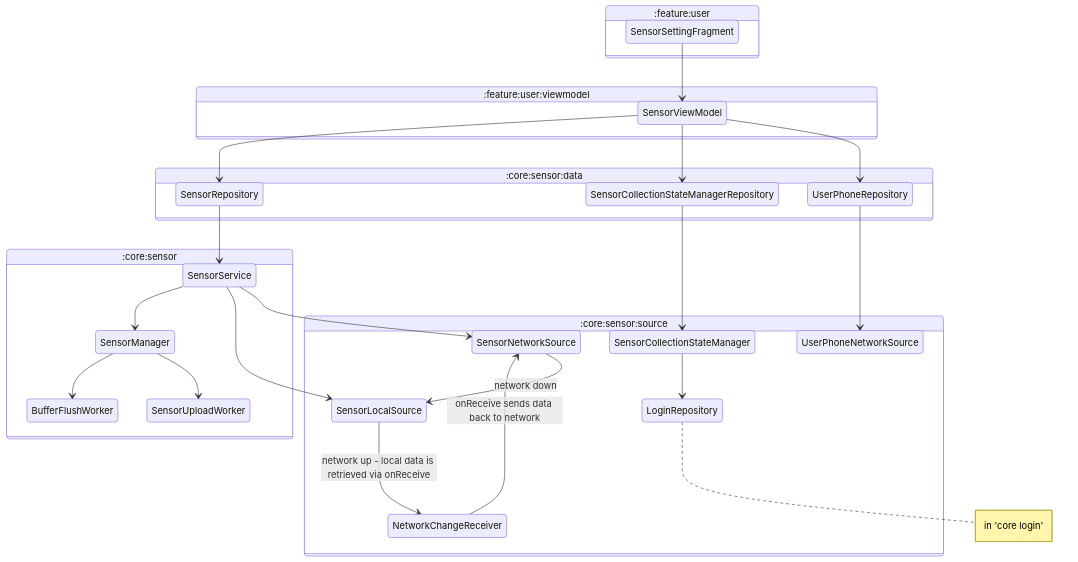
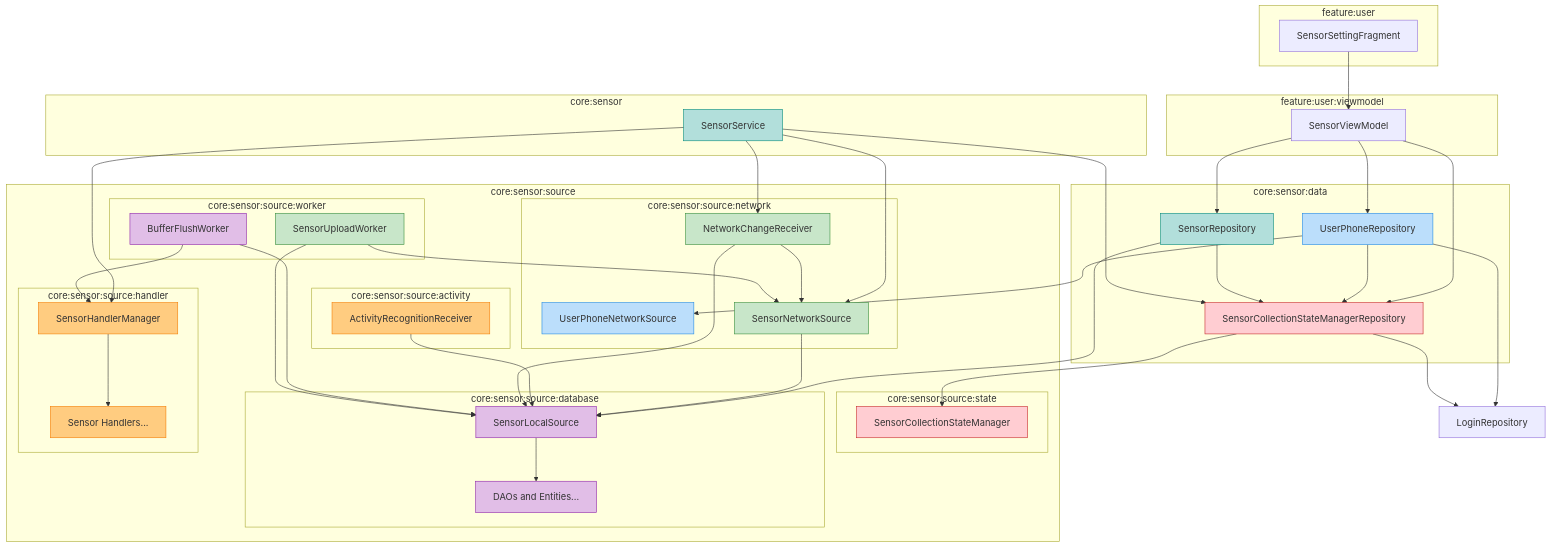
Before and after one commit to cambridge-cares/TheWorldAvatar: the diagram in Apps/TimelineApp/core/sensor/README.md, drawn with Mermaid. The commit also changed other lines of this file and 1 other file, not shown here.

Commit message:
1530-update-timeline-app-documentation: update sensor module architecture doc

````diff
--- a/Apps/TimelineApp/core/sensor/README.md
+++ b/Apps/TimelineApp/core/sensor/README.md
@@ -11,70 +25,115 @@
 ```mermaid
-    stateDiagram-v2
+flowchart TD
+    subgraph feature_user["feature:user"]
+        ssf[SensorSettingFragment]
+    end
 
-      ssf: SensorSettingFragment
-      svm: SensorViewModel
-      upr: UserPhoneRepository
-      scsmr: SensorCollectionStateManagerRepository
-      lr: LoginRepository
-      sr: SensorRepository
-      upns: UserPhoneNetworkSource
-      scsm: SensorCollectionStateManager
-      sls: SensorLocalSource
-      sns: SensorNetworkSource
-      ss: SensorService
-      sm: SensorManager
-      bfw: BufferFlushWorker
-      suw: SensorUploadWorker
-      ncr: NetworkChangeReceiver 
+    subgraph feature_user_vm["feature:user:viewmodel"]
+        svm[SensorViewModel]
+    end
 
-      ssf --> svm
-      svm --> upr
-      svm --> scsmr
-      svm --> sr
+    subgraph core_sensor_data["core:sensor:data"]
+        upr[UserPhoneRepository]
+        scsmr[SensorCollectionStateManagerRepository]
+        sr[SensorRepository]
+    end
 
-      upr --> upns
-      scsmr --> scsm
-      sr --> ss
+    subgraph core_sensor_source["core:sensor:source"]
+        
+        subgraph core_sensor_source_state[core:sensor:source:state]
+            scsm[SensorCollectionStateManager]
+        end
 
-      ss --> sns
-      ss --> sls
-      ss --> sm
-      sm --> suw
-      sm --> bfw
-      
-      sns --> sls : network down 
-      sls --> ncr : network up - local data is retrieved via onReceive 
-      ncr --> sns : onReceive sends data back to network 
+        subgraph core_sensor_source_database[core:sensor:source:database]
+            sls[SensorLocalSource]
+            dao[DAOs and Entities...]
+        end
+        
+        subgraph core_sensor_source_handler[core:sensor:source:handler]
+            sm[SensorHandlerManager]
+            handler[Sensor Handlers...]
+        end
+
+        subgraph core_sensor_source_activity[core:sensor:source:activity]
+            arr[ActivityRecognitionReceiver]
+        end
+        
+
+        subgraph core_sensor_source_network[core:sensor:source:network]
+            upns[UserPhoneNetworkSource]
+            sns[SensorNetworkSource]
+            ncr[NetworkChangeReceiver]
+        end
+
+        subgraph core_sensor_source_worker[core:sensor:source:worker]
+            bfw[BufferFlushWorker]
+            suw[SensorUploadWorker]
+        end
+    end
+
+    lr[LoginRepository]
 
 
-      state :feature:user {
-        ssf
-      }
 
-      state :feature:user:viewmodel {
-        svm
-      }
+    subgraph core_sensor["core:sensor"]
+        ss[SensorService]
+    end
 
-      state :core:sensor:data {
-        upr
-        scsmr
-        sr
-      }
+    %% --- Dependencies ---
+    ssf --> svm
 
-      state :core:sensor:source {
-        upns
-        scsm --> lr
-        sls
-        sns 
-        ncr
+    svm --> upr
+    svm --> scsmr
+    svm --> sr
 
-        note right of lr : in 'core login'
-      }
+    upr --> lr
+    upr --> upns
+    upr --> scsmr
+    
+    scsmr --> scsm
+    scsmr --> lr
 
-      state :core:sensor {
-        ss
-        sm
-        bfw
-        suw
-      }
+    sr --> scsmr
+    sr --> sls
+    
+    ss --> scsmr
+    ss --> sns
+    ss --> ncr
+    ss --> sm
+    
+    sm --> handler
+
+    sns --> sls
+
+    arr --> sls
+
+    ncr --> sns
+    ncr --> sls
+
+    bfw --> sm
+    bfw --> sls
+
+    suw --> sns
+    suw --> sls
+
+    sls --> dao
+
+
+    classDef UserPhone fill:#BBDEFB,stroke:#1E88E5;
+    class upns,upr UserPhone
+
+    classDef Network fill:#C8E6C9,stroke:#388E3C;
+    class ncr,sns,suw Network
+
+    classDef Local fill:#E1BEE7,stroke:#8E24AA;
+    class bfw,sls,dao Local
+
+    classDef DataCollection fill:#FFCC80,stroke:#F57C00;
+    class arr,sm,handler DataCollection
+
+    classDef StateManagement fill:#FFCDD2,stroke:#C62828;
+    class scsm,scsmr StateManagement
+
+    classDef TriggerRecording fill:#B2DFDB,stroke:#00897B;
+    class sr,ss TriggerRecording
 ```
````
